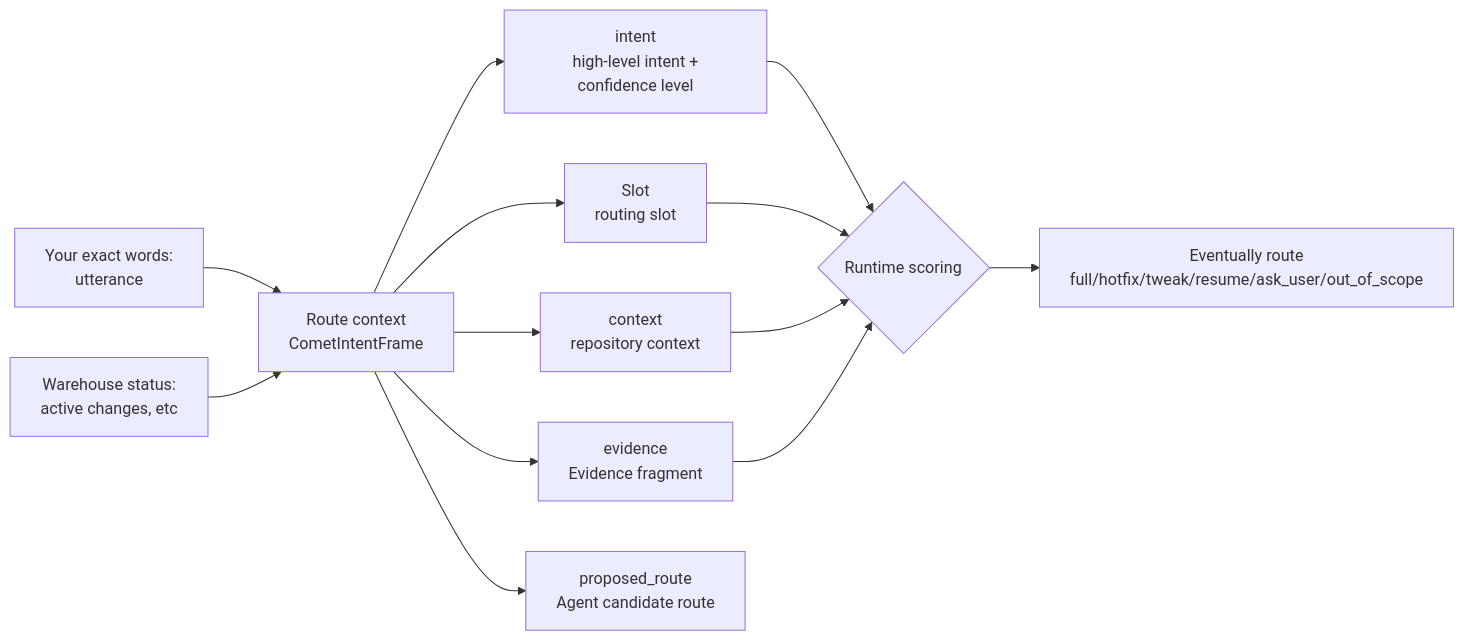
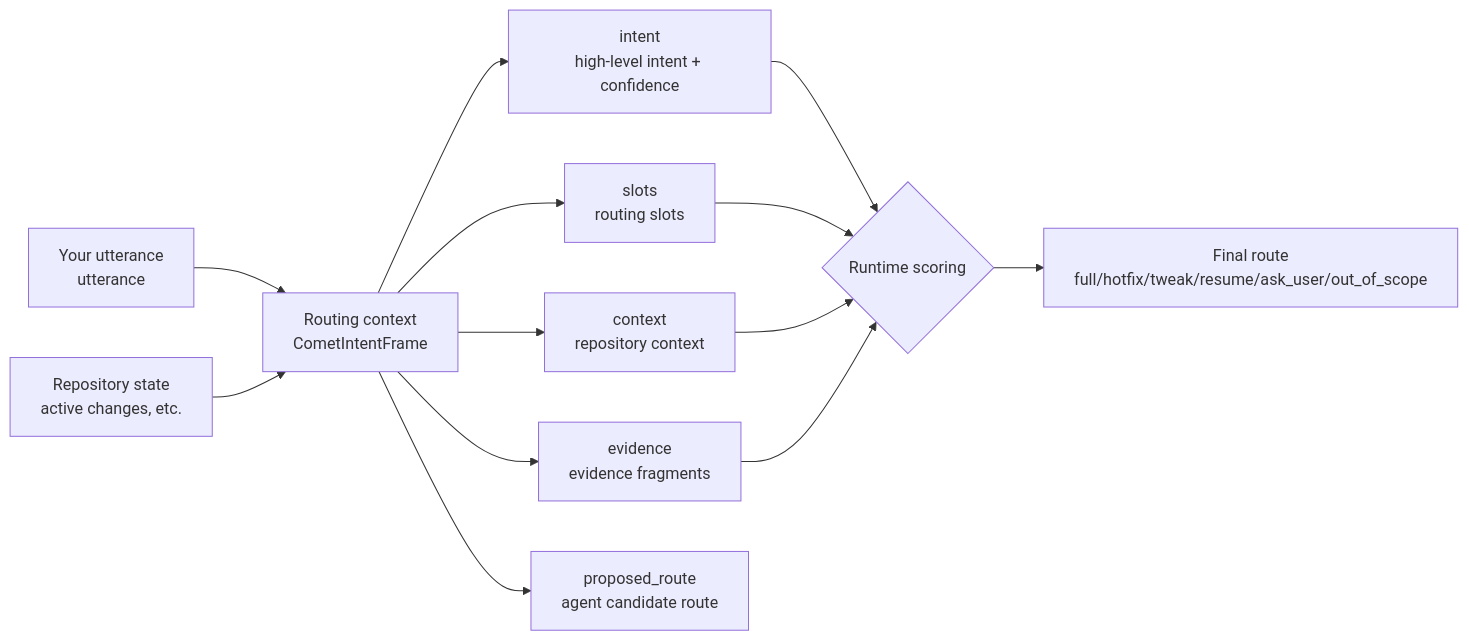
Before and after one commit to rpamis/comet-website-docs: the first of 2 diagrams in en/concepts/intent-routing.mdx, drawn with Mermaid. The commit also changed other lines of this file and 30 other files, not shown here.

````diff
--- a/en/concepts/intent-routing.mdx
+++ b/en/concepts/intent-routing.mdx
@@ -63,15 +150,15 @@
 ```mermaid
 flowchart LR
-    U["Your exact words: <br/>utterance"] --> F["Route context <br/>CometIntentFrame"]
-    R["Warehouse status: <br/>active changes, etc"] --> F
-    F --> I["intent<br/> high-level intent + confidence level"]
-    F --> S["Slot <br/> routing slot"]
-    F --> C["context<br/> repository context"]
-    F --> E["evidence<br/> Evidence fragment"]
-    F --> P["proposed_route<br/>Agent candidate route"]
+    U["Your utterance<br/>utterance"] --> F["Routing context<br/>CometIntentFrame"]
+    R["Repository state<br/>active changes, etc."] --> F
+    F --> I["intent<br/>high-level intent + confidence"]
+    F --> S["slots<br/>routing slots"]
+    F --> C["context<br/>repository context"]
+    F --> E["evidence<br/>evidence fragments"]
+    F --> P["proposed_route<br/>agent candidate route"]
     I --> RT{"Runtime scoring"}
     S --> RT
     C --> RT
     E --> RT
-    RT --> O["Eventually route<br/>full/hotfix/tweak/resume/ask_user/out_of_scope"]
+    RT --> O["Final route<br/>full/hotfix/tweak/resume/ask_user/out_of_scope"]
 ```
````
